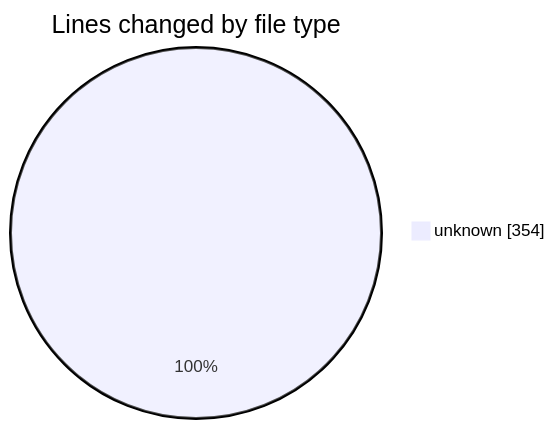
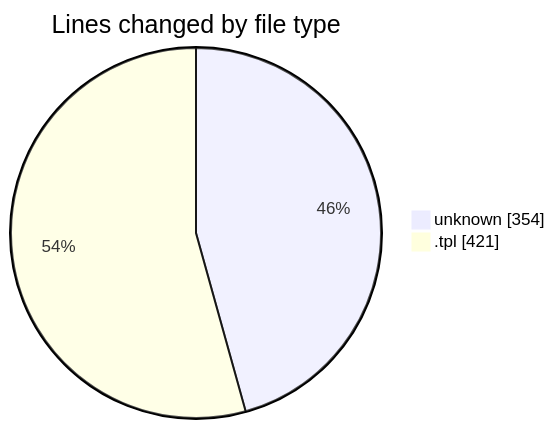
One commit to vahidmafi/code-tracking changed the first of 2 diagrams in 2025-01-11/shop/README.md. Above: the diagram before and after it, drawn with Mermaid. The commit also changed other lines of this file and 1 other file, not shown here.

````diff
--- a/2025-01-11/shop/README.md
+++ b/2025-01-11/shop/README.md
@@ -20,5 +21,6 @@
 ```mermaid
 pie showData
 title Lines changed by file type
 "unknown" : 354
+".tpl" : 421
 ```
````
